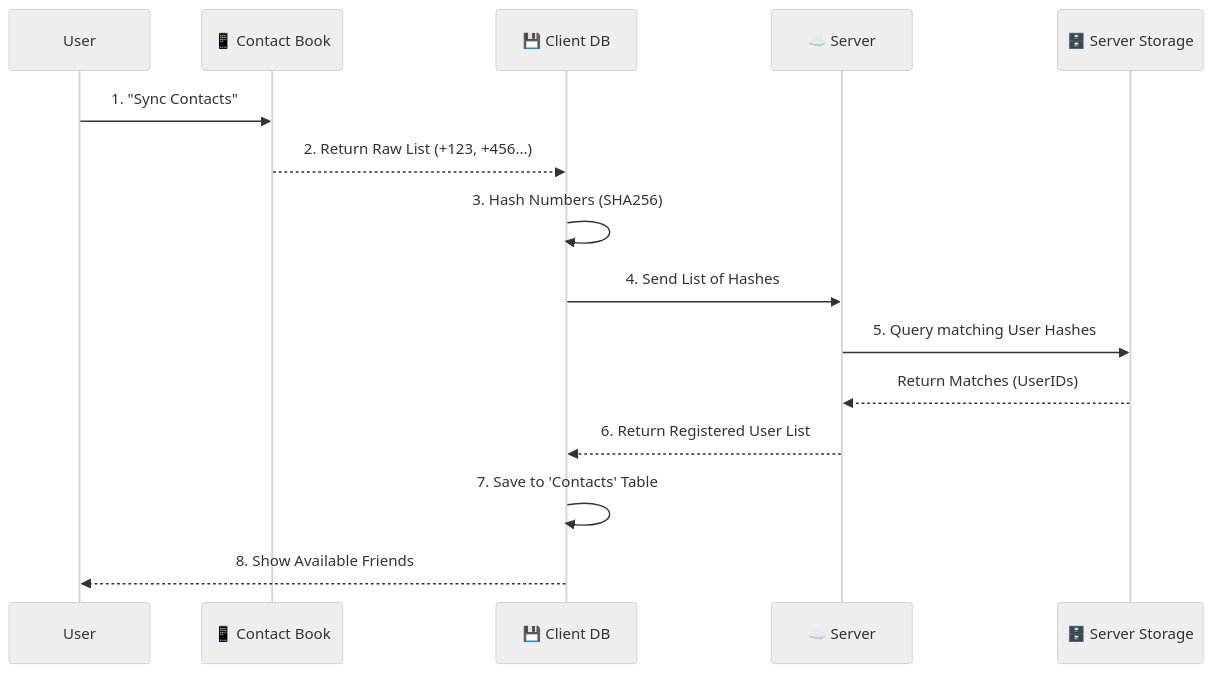
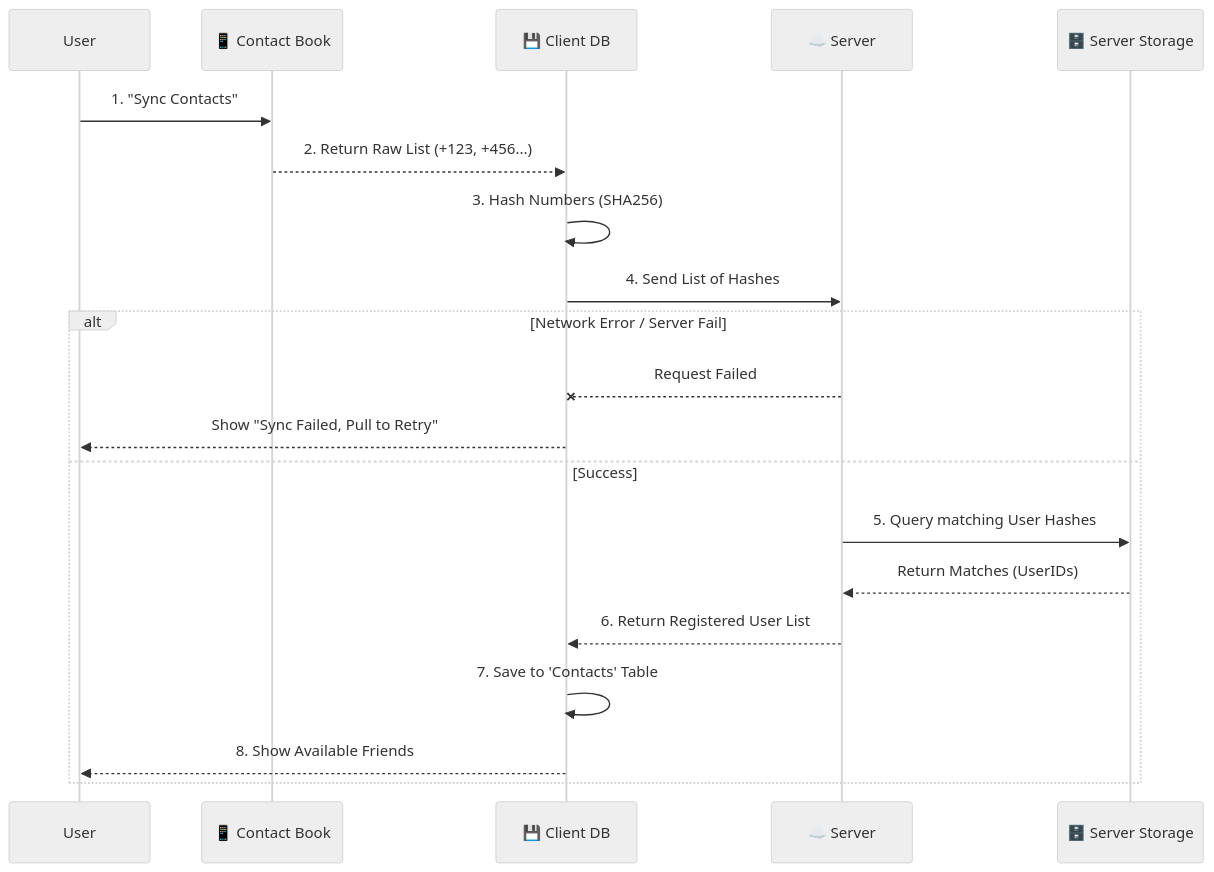
One commit to pingappduniya-oss/Ping-App-Complete-Use-Case-Flows-Technical-Deep-Dive- changed the third of 18 diagrams in CompleteUseCaseFlows.md. Above: the diagram before and after it, drawn with Mermaid (neutral theme). The commit also changed other lines of this file, not shown here.

````diff
--- a/CompleteUseCaseFlows.md
+++ b/CompleteUseCaseFlows.md
@@ -84,20 +84,26 @@
 ```mermaid
 sequenceDiagram
     participant User
     participant Phone as 📱 Contact Book
     participant CDB as 💾 Client DB
     participant Server as ☁️ Server
     participant SS as 🗄️ Server Storage
 
     User->>Phone: 1. "Sync Contacts"
     Phone-->>CDB: 2. Return Raw List (+123, +456...)
     CDB->>CDB: 3. Hash Numbers (SHA256)
     
     CDB->>Server: 4. Send List of Hashes
-    Server->>SS: 5. Query matching User Hashes
-    SS-->>Server: Return Matches (UserIDs)
     
-    Server-->>CDB: 6. Return Registered User List
-    CDB->>CDB: 7. Save to 'Contacts' Table
-    CDB-->>User: 8. Show Available Friends
+    alt Network Error / Server Fail
+        Server--xCDB: Request Failed
+        CDB-->>User: Show "Sync Failed, Pull to Retry"
+    else Success
+        Server->>SS: 5. Query matching User Hashes
+        SS-->>Server: Return Matches (UserIDs)
+        
+        Server-->>CDB: 6. Return Registered User List
+        CDB->>CDB: 7. Save to 'Contacts' Table
+        CDB-->>User: 8. Show Available Friends
+    end
 ```
````
